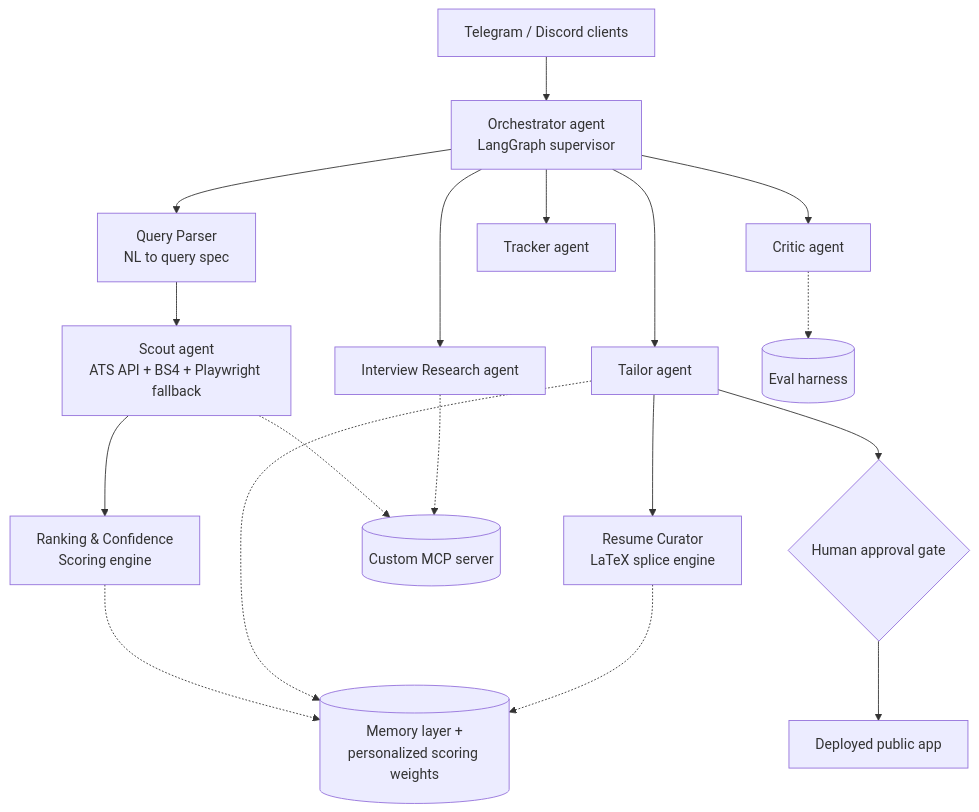
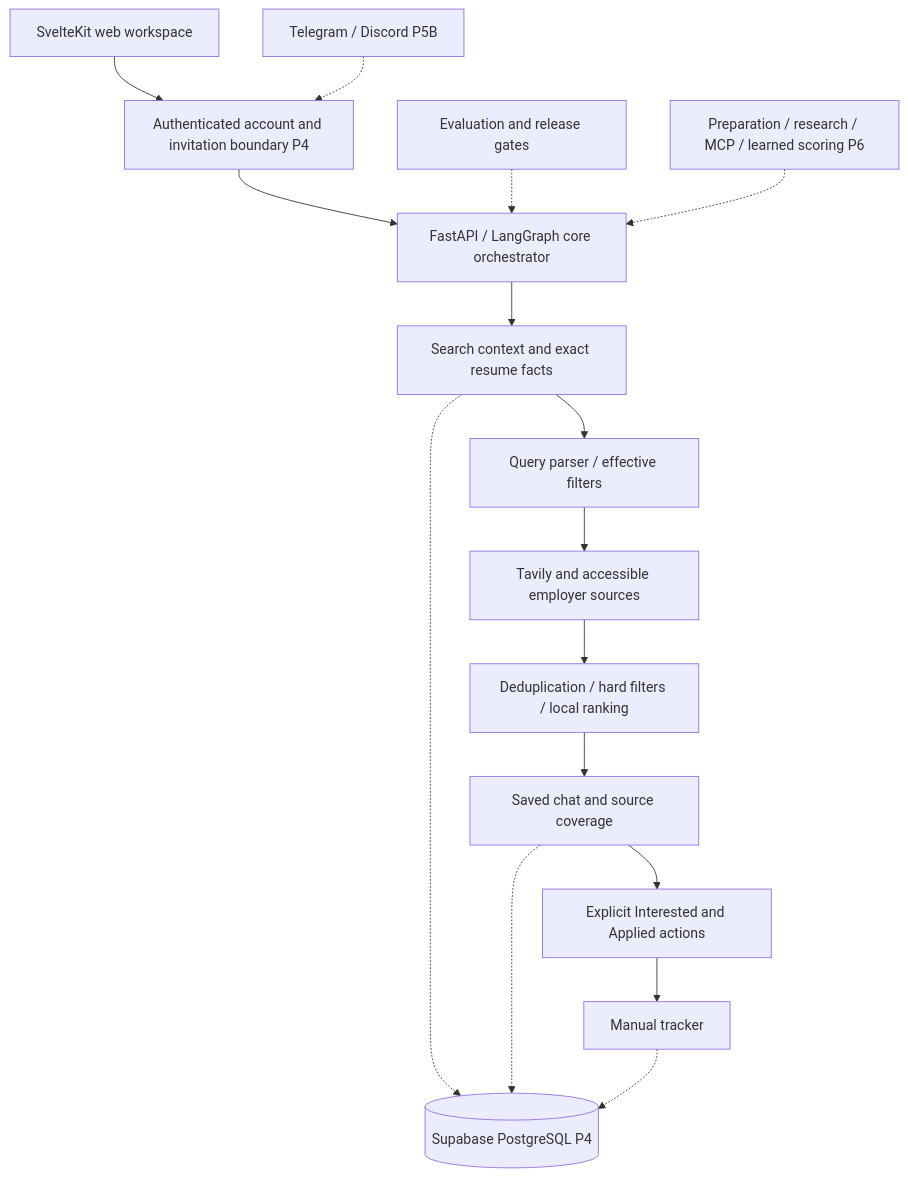
The diagram in docs/full-srs.md (vKaran25/carrer-ops), drawn with Mermaid before and after one commit. The commit also changed other lines of this file and 59 other files, not shown here.

Commit message:
Build P4 job discovery, search memory, and location scoring

````diff
--- a/docs/full-srs.md
+++ b/docs/full-srs.md
@@ -121,33 +122,18 @@
 ```mermaid
 flowchart TD
-    O[Orchestrator agent<br/>LangGraph supervisor]
-    QP[Query Parser<br/>NL to query spec]
-    S[Scout agent<br/>ATS API + BS4 + Playwright fallback]
-    RANK[Ranking & Confidence<br/>Scoring engine]
-    T[Tailor agent]
-    RC[Resume Curator<br/>LaTeX splice engine]
-    C[Critic agent]
-    IR[Interview Research agent]
-    TR[Tracker agent]
-    M[(Memory layer +<br/>personalized scoring weights)]
-    E[(Eval harness)]
-    MCP[(Custom MCP server)]
-    H{Human approval gate}
-    D[Deployed public app]
-    BOT[Telegram / Discord clients]
-
-    O --> QP --> S --> RANK
-    O --> T --> RC
-    O --> C
-    O --> IR
-    O --> TR
-    RANK -.-> M
-    T -.-> M
-    RC -.-> M
-    C -.-> E
-    S -.-> MCP
-    IR -.-> MCP
-    T --> H
-    H --> D
-    BOT --> O
+    WEB[SvelteKit web workspace] --> AUTH[Authenticated account and invitation boundary P4]
+    AUTH --> O[FastAPI / LangGraph core orchestrator]
+    O --> CTX[Search context and exact resume facts]
+    CTX --> QP[Query parser / effective filters]
+    QP --> S[Tavily and accessible employer sources]
+    S --> RANK[Deduplication / hard filters / local ranking]
+    RANK --> CHAT[Saved chat and source coverage]
+    CHAT --> H[Explicit Interested and Applied actions]
+    H --> TR[Manual tracker]
+    CTX -.-> DB[(Supabase PostgreSQL P4)]
+    CHAT -.-> DB
+    TR -.-> DB
+    E[Evaluation and release gates] -.-> O
+    BOT[Telegram / Discord P5B] -.-> AUTH
+    U[Preparation / research / MCP / learned scoring P6] -.-> O
 ```
````
